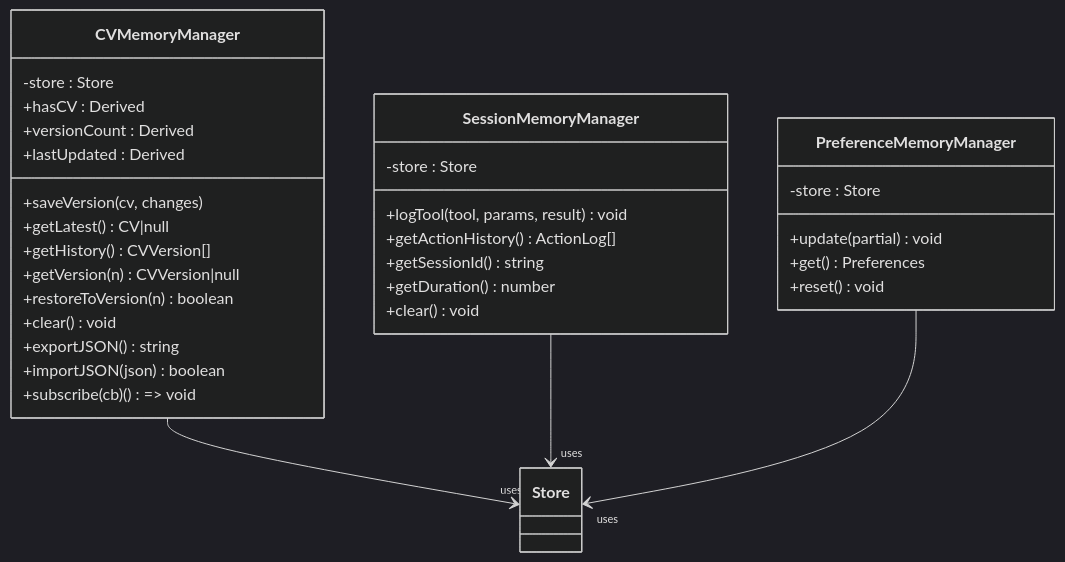
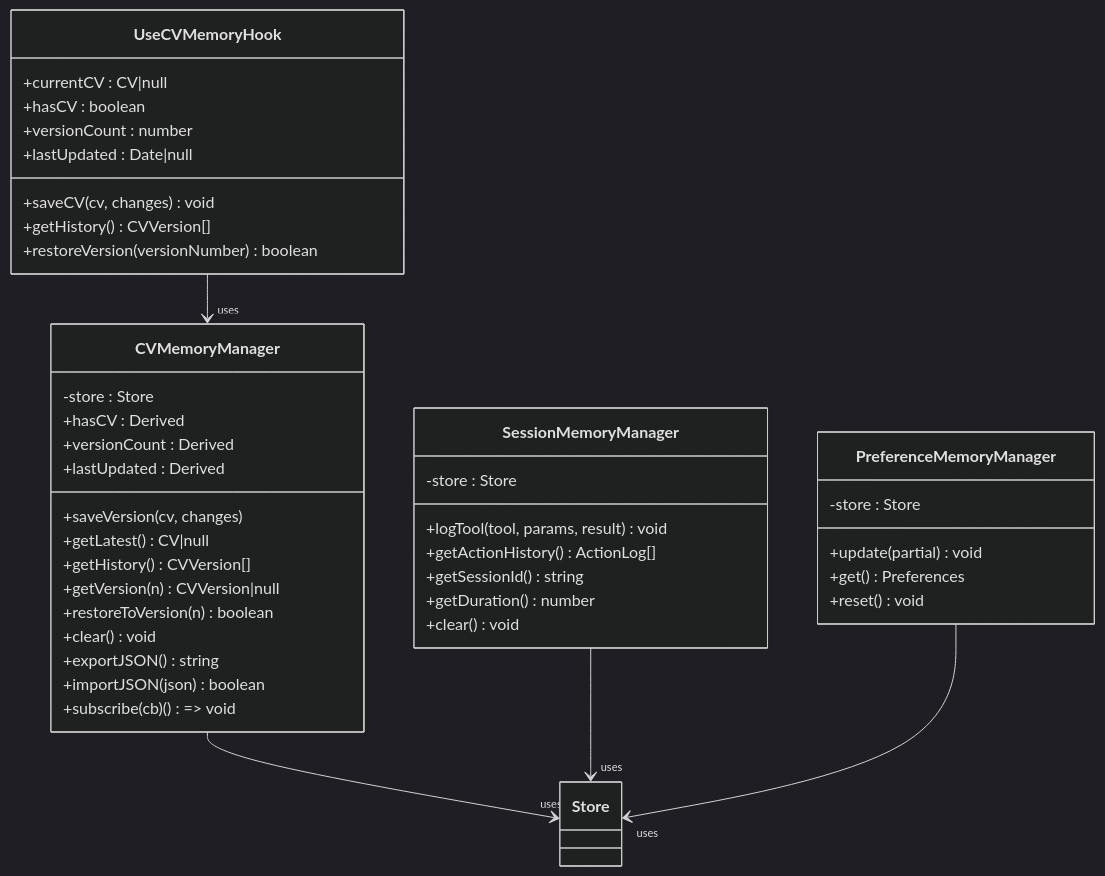
One commit to DoVuDung/cv-portfolio-builder changed the fourth of 10 diagrams in .qoder/repowiki/en/content/CV Data Management/CV Data Management.md. Above: the diagram before and after it, drawn with Mermaid (dark theme). The commit also changed other lines of this file and 26 other files, not shown here.

First line of the commit message:
docs(agent): update AI Agent System with MCP tool architecture and CV Builder integration

````diff
--- a/.qoder/repowiki/en/content/CV Data Management/CV Data Management.md
+++ b/.qoder/repowiki/en/content/CV Data Management/CV Data Management.md
@@ -213,35 +245,45 @@
 ```mermaid
 classDiagram
 class CVMemoryManager {
 -store : Store
 +hasCV : Derived<boolean>
 +versionCount : Derived<number>
 +lastUpdated : Derived<Date|null>
 +saveVersion(cv, changes)
 +getLatest() CV|null
 +getHistory() CVVersion[]
 +getVersion(n) CVVersion|null
 +restoreToVersion(n) boolean
 +clear() void
 +exportJSON() string
 +importJSON(json) boolean
 +subscribe(cb) () => void
 }
+class UseCVMemoryHook {
++currentCV : CV|null
++hasCV : boolean
++versionCount : number
++lastUpdated : Date|null
++saveCV(cv, changes) void
++getHistory() CVVersion[]
++restoreVersion(versionNumber) boolean
+}
 class SessionMemoryManager {
 -store : Store
 +logTool(tool, params, result) void
 +getActionHistory() ActionLog[]
 +getSessionId() string
 +getDuration() number
 +clear() void
 }
 class PreferenceMemoryManager {
 -store : Store
 +update(partial) void
 +get() Preferences
 +reset() void
 }
 CVMemoryManager --> "uses" Store
+UseCVMemoryHook --> "uses" CVMemoryManager
 SessionMemoryManager --> "uses" Store
 PreferenceMemoryManager --> "uses" Store
 ```
````
